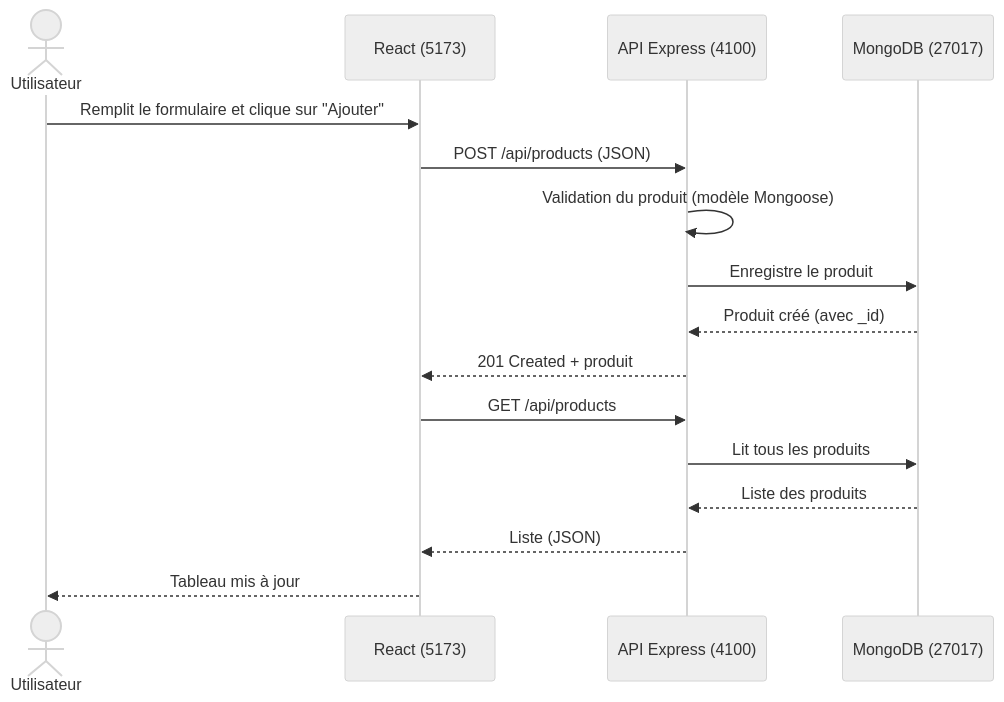
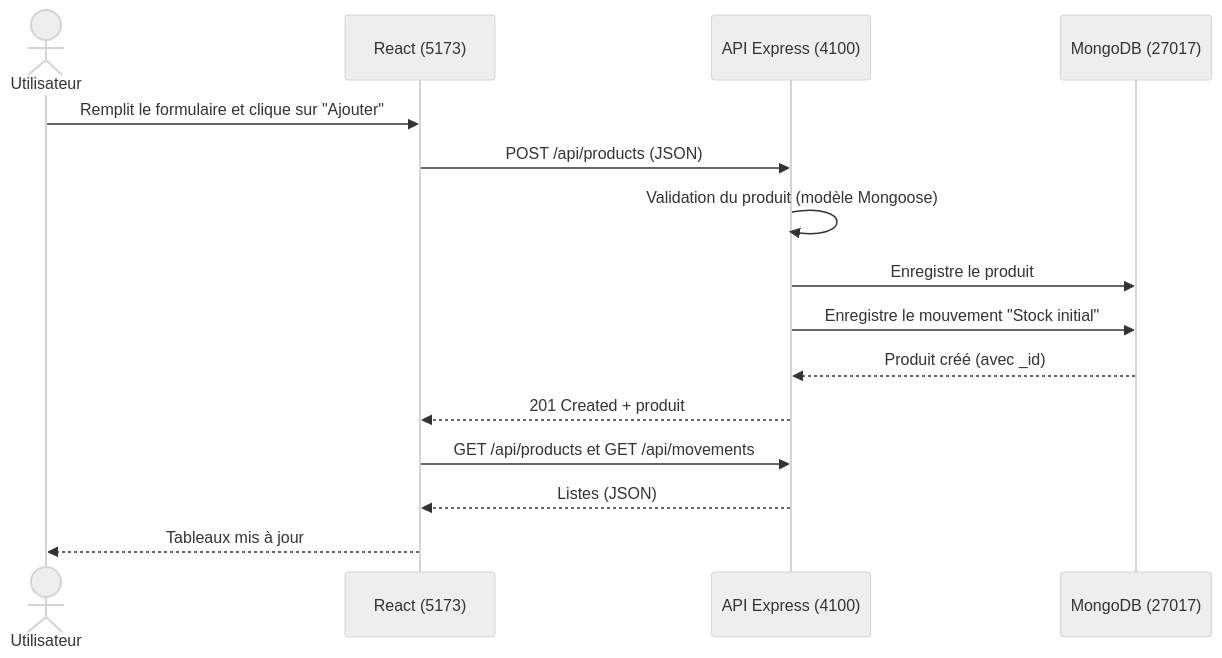
One commit to ujeneza78/Hakicool changed the second of 8 diagrams in README DU PROJET.md. Above: the diagram before and after it, drawn with Mermaid (neutral theme). The commit also changed other lines of this file and 13 other files, not shown here.

````diff
--- a/README DU PROJET.md
+++ b/README DU PROJET.md
@@ -64,19 +70,18 @@
 ```mermaid
 sequenceDiagram
     actor U as Utilisateur
     participant R as React (5173)
     participant S as API Express (4100)
     participant M as MongoDB (27017)
 
     U->>R: Remplit le formulaire et clique sur "Ajouter"
     R->>S: POST /api/products (JSON)
     S->>S: Validation du produit (modèle Mongoose)
     S->>M: Enregistre le produit
+    S->>M: Enregistre le mouvement "Stock initial"
     M-->>S: Produit créé (avec _id)
     S-->>R: 201 Created + produit
-    R->>S: GET /api/products
-    S->>M: Lit tous les produits
-    M-->>S: Liste des produits
-    S-->>R: Liste (JSON)
-    R-->>U: Tableau mis à jour
+    R->>S: GET /api/products et GET /api/movements
+    S-->>R: Listes (JSON)
+    R-->>U: Tableaux mis à jour
 ```
````
